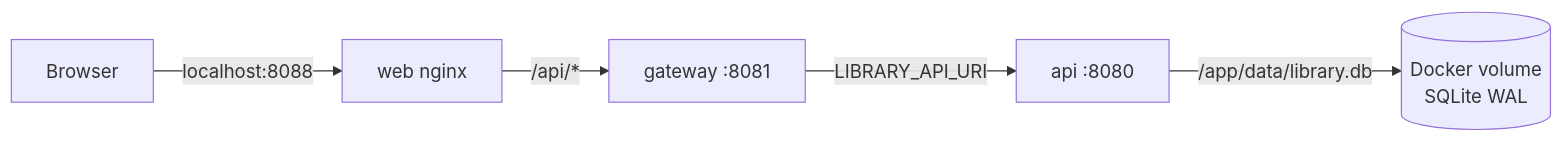
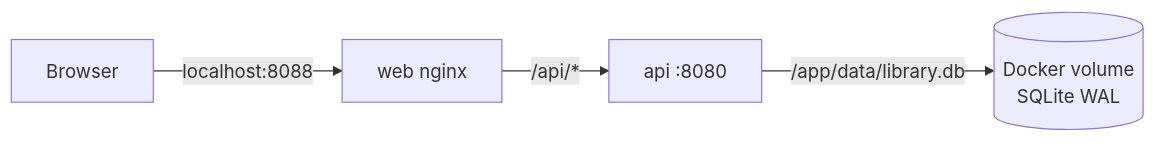
The second of 4 diagrams in docs/architecture.md (niefy/e-library), drawn with Mermaid before and after one commit. The commit also changed other lines of this file and 98 other files, not shown here.

````diff
--- a/docs/architecture.md
+++ b/docs/architecture.md
@@ -77,7 +77,6 @@
 ```mermaid
 flowchart LR
     B[Browser] -->|localhost:8088| W[web nginx]
-    W -->|"/api/*"| G[gateway :8081]
-    G -->|LIBRARY_API_URI| A[api :8080]
+    W -->|"/api/*"| A[api :8080]
     A -->|"/app/data/library.db"| V[(Docker volume<br/>SQLite WAL)]
 ```
````
